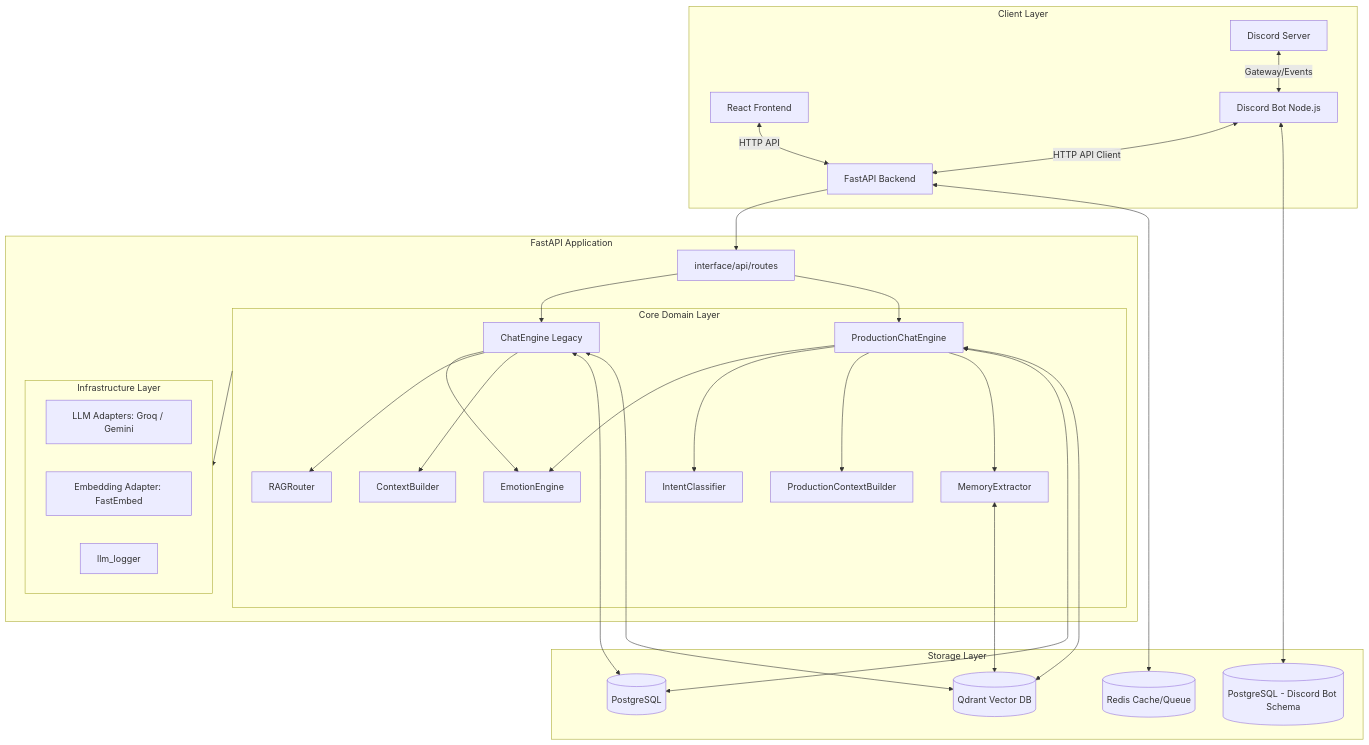
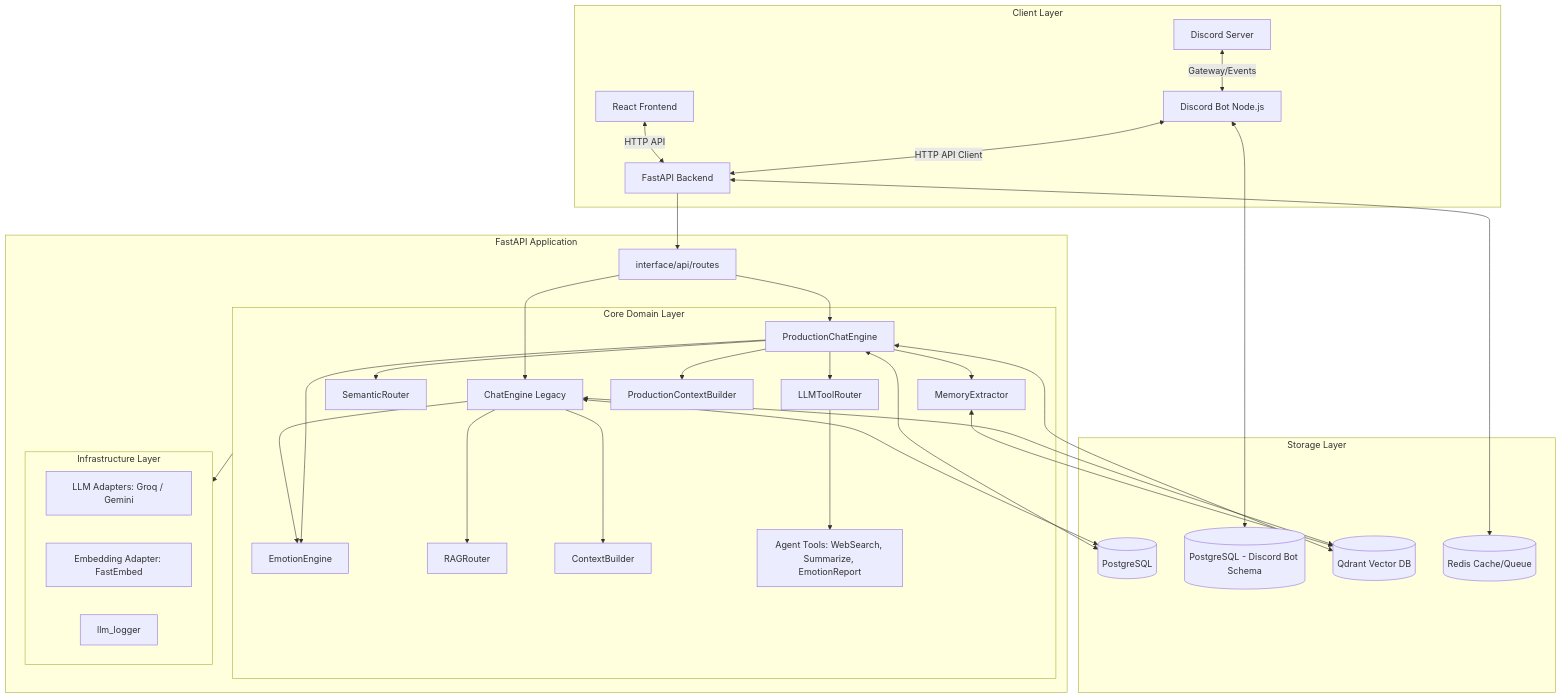
The diagram in PHAN_TICH_WORKSPACE_CHI_TIET.md (HoanBuCon/Kuchiba-Chisa), drawn with Mermaid before and after one commit. The commit also changed other lines of this file and 36 other files, not shown here.

Commit message:
Chisa Agent: Web Search, Loop Thinking, Semantic Router, LLM Router

````diff
--- a/PHAN_TICH_WORKSPACE_CHI_TIET.md
+++ b/PHAN_TICH_WORKSPACE_CHI_TIET.md
@@ -23,38 +23,40 @@
 ```mermaid
 flowchart TD
     subgraph Clients [Client Layer]
         FE[React Frontend] <-->|HTTP API| API[FastAPI Backend]
         DBot[Discord Bot Node.js] <-->|HTTP API Client| API
         DiscordPlatform[Discord Server] <-->|Gateway/Events| DBot
     end
 
     subgraph Backend [FastAPI Application]
         API --> Routes[interface/api/routes]
         Routes --> LegacyCE[ChatEngine Legacy]
         Routes --> ProdCE[ProductionChatEngine]
         
         subgraph Domain [Core Domain Layer]
             LegacyCE & ProdCE --> EE[EmotionEngine]
             LegacyCE --> RR[RAGRouter]
             LegacyCE --> CB[ContextBuilder]
-            ProdCE --> IC[IntentClassifier]
+            ProdCE --> SR[SemanticRouter]
+            ProdCE --> TR[LLMToolRouter]
             ProdCE --> PCB[ProductionContextBuilder]
             ProdCE --> ME[MemoryExtractor]
+            TR --> AT[Agent Tools: WebSearch, Summarize, EmotionReport]
         end
 
         subgraph Infra [Infrastructure Layer]
             LLM[LLM Adapters: Groq / Gemini]
             Embed[Embedding Adapter: FastEmbed]
             LLMLog[llm_logger]
         end
     end
 
     subgraph Storage [Storage Layer]
         LegacyCE & ProdCE <--> DB[(PostgreSQL)]
         DBot <--> DiscordDB[(PostgreSQL - Discord Bot Schema)]
         ME & LegacyCE & ProdCE <--> Qdrant[(Qdrant Vector DB)]
         API <--> Redis[(Redis Cache/Queue)]
     end
 
     Domain --> Infra
 ```
````
